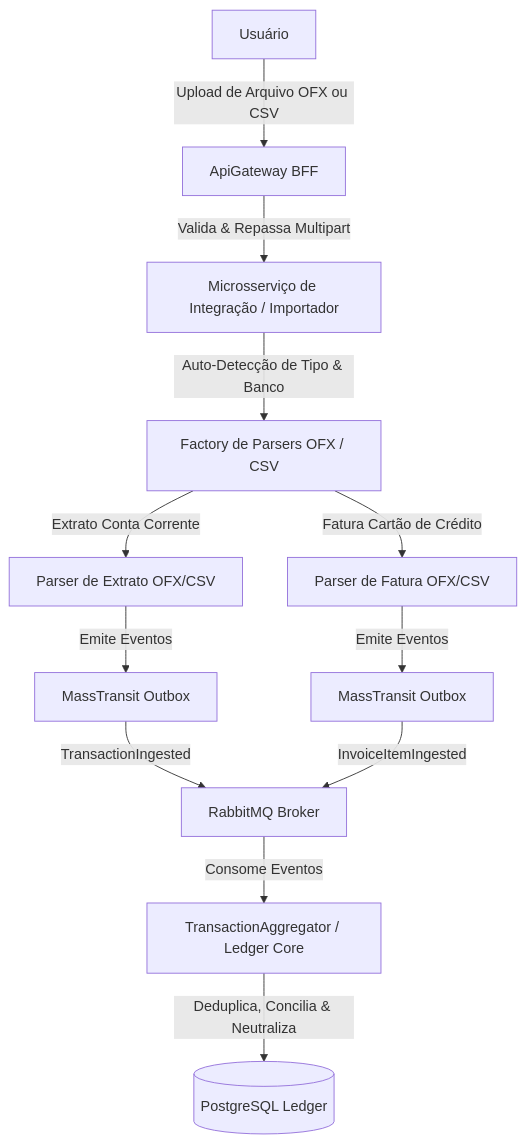
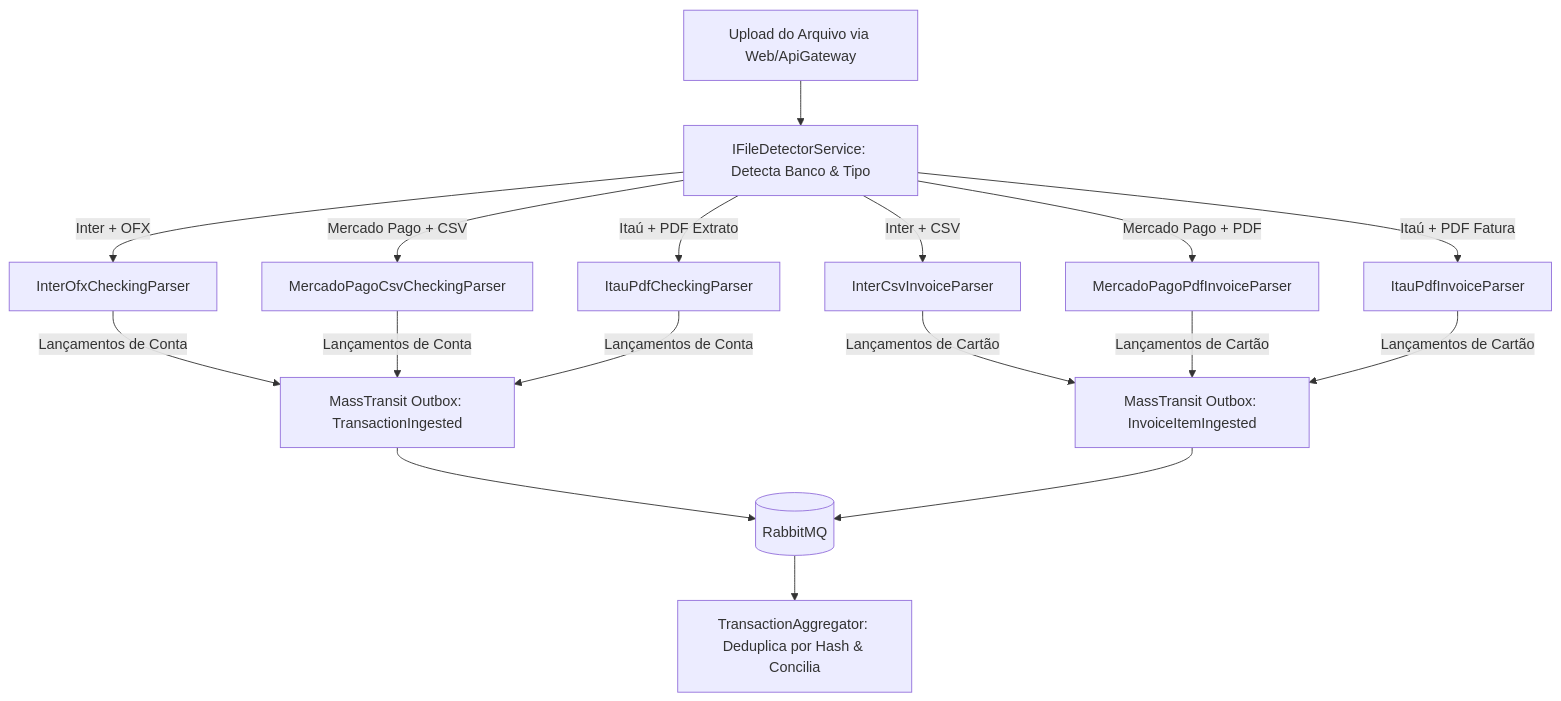
Before and after one commit to JoseMD12/finance-hub: the diagram in .agents/plans/file_import_engine_plan.md, drawn with Mermaid. The commit also changed other lines of this file, not shown here.

Commit message:
docs(plans): update file import engine matrix with PDF, OFX and CSV specifications

````diff
--- a/.agents/plans/file_import_engine_plan.md
+++ b/.agents/plans/file_import_engine_plan.md
@@ -16,18 +24,23 @@
 ```mermaid
 graph TD
-    User[Usuário] -->|Upload de Arquivo OFX ou CSV| Gateway[ApiGateway BFF]
-    Gateway -->|Valida & Repassa Multipart| ImportService[Microsserviço de Integração / Importador]
-    ImportService -->|Auto-Detecção de Tipo & Banco| ParserFactory[Factory de Parsers OFX / CSV]
+    Upload[Upload do Arquivo via Web/ApiGateway] --> FileDetector[IFileDetectorService: Detecta Banco & Tipo]
     
-    ParserFactory -->|Extrato Conta Corrente| ParserExtrato[Parser de Extrato OFX/CSV]
-    ParserFactory -->|Fatura Cartão de Crédito| ParserFatura[Parser de Fatura OFX/CSV]
+    FileDetector -->|Inter + OFX| P1[InterOfxCheckingParser]
+    FileDetector -->|Inter + CSV| P2[InterCsvInvoiceParser]
+    FileDetector -->|Mercado Pago + CSV| P3[MercadoPagoCsvCheckingParser]
+    FileDetector -->|Mercado Pago + PDF| P4[MercadoPagoPdfInvoiceParser]
+    FileDetector -->|Itaú + PDF Extrato| P5[ItauPdfCheckingParser]
+    FileDetector -->|Itaú + PDF Fatura| P6[ItauPdfInvoiceParser]
     
-    ParserExtrato -->|Emite Eventos| Pub1[MassTransit Outbox]
-    ParserFatura -->|Emite Eventos| Pub2[MassTransit Outbox]
+    P1 -->|Lançamentos de Conta| Outbox1[MassTransit Outbox: TransactionIngested]
+    P3 -->|Lançamentos de Conta| Outbox1
+    P5 -->|Lançamentos de Conta| Outbox1
     
-    Pub1 -->|TransactionIngested| Rabbit[RabbitMQ Broker]
-    Pub2 -->|InvoiceItemIngested| Rabbit
+    P2 -->|Lançamentos de Cartão| Outbox2[MassTransit Outbox: InvoiceItemIngested]
+    P4 -->|Lançamentos de Cartão| Outbox2
+    P6 -->|Lançamentos de Cartão| Outbox2
     
-    Rabbit -->|Consome Eventos| Aggregator[TransactionAggregator / Ledger Core]
-    Aggregator -->|Deduplica, Concilia & Neutraliza| DB[(PostgreSQL Ledger)]
+    Outbox1 --> Rabbit[(RabbitMQ)]
+    Outbox2 --> Rabbit
+    Rabbit --> Aggregator[TransactionAggregator: Deduplica por Hash & Concilia]
 ```
````
